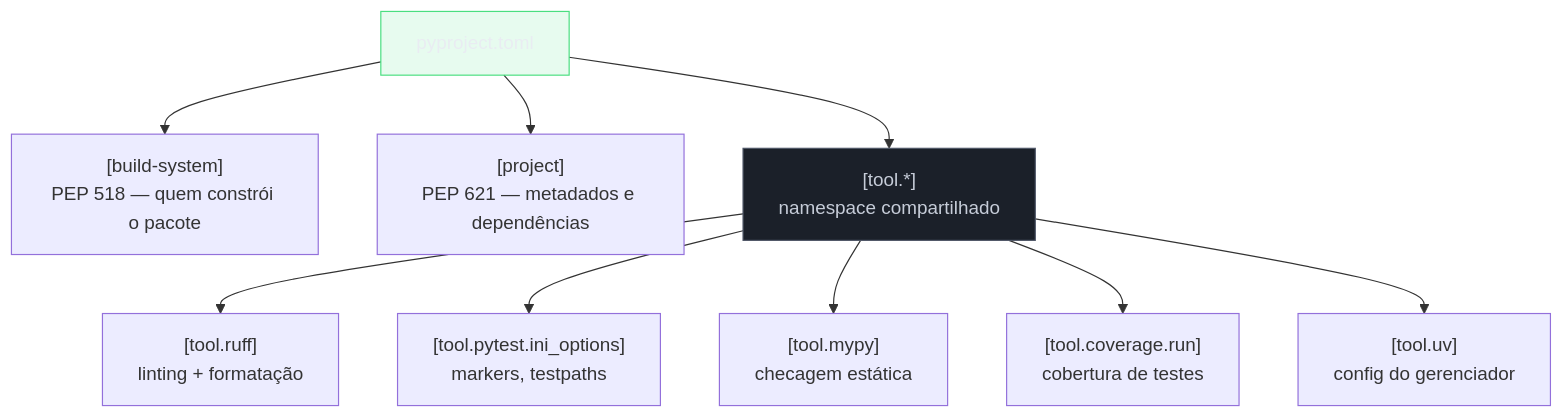
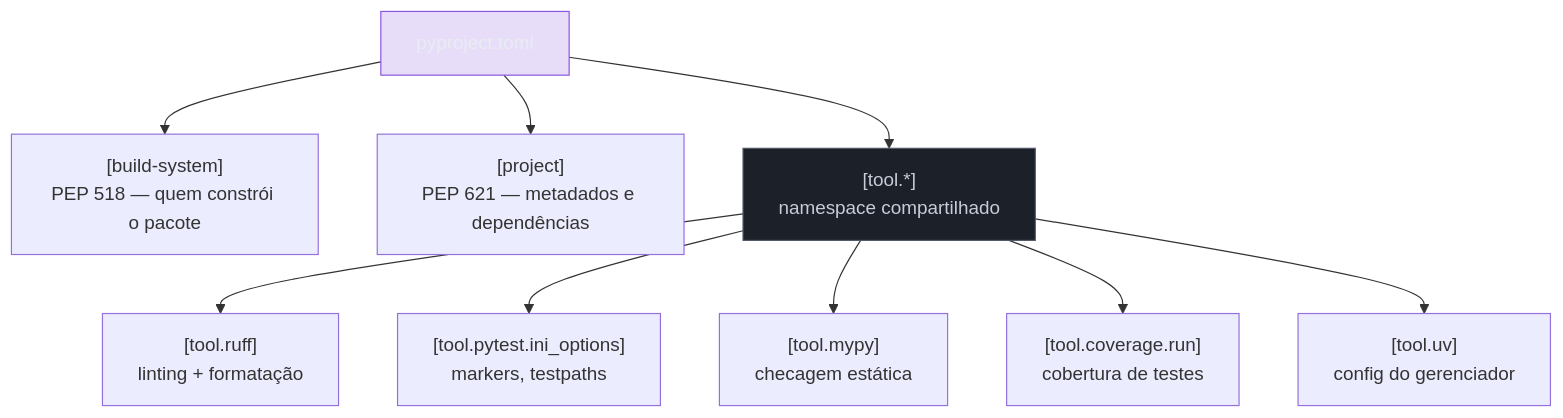
Before and after one commit to josenaldo/codex-technomanticus: the second of 2 diagrams in 03-Dominios/Tecnologia/Python/Build e tooling/03 - pyproject.toml — o padrão unificado.md, drawn with Mermaid. The commit also changed other lines of this file and 601 other files, not shown here.

````diff
--- a/03-Dominios/Tecnologia/Python/Build e tooling/03 - pyproject.toml — o padrão unificado.md
+++ b/03-Dominios/Tecnologia/Python/Build e tooling/03 - pyproject.toml — o padrão unificado.md
@@ -155,17 +155,17 @@
 ```mermaid
 flowchart TD
+    classDef marca fill:#8855DF33,stroke:#8855DF,color:#E9ECF2
     classDef neutro fill:#1B2029,stroke:#4E5666,color:#C6CCD8
-    classDef ok fill:#4ADE8021,stroke:#4ADE80,color:#E9ECF2
     PT["pyproject.toml"] --> BS["[build-system]<br/>PEP 518 — quem constrói o pacote"]
     PT --> PJ["[project]<br/>PEP 621 — metadados e dependências"]
     PT --> TOOL["[tool.*]<br/>namespace compartilhado"]
 
     TOOL --> RUFF["[tool.ruff]<br/>linting + formatação"]
     TOOL --> PYTEST["[tool.pytest.ini_options]<br/>markers, testpaths"]
     TOOL --> MYPY["[tool.mypy]<br/>checagem estática"]
     TOOL --> COV["[tool.coverage.run]<br/>cobertura de testes"]
     TOOL --> UV["[tool.uv]<br/>config do gerenciador"]
 
     class TOOL neutro
-    class PT ok
+    class PT marca
 ```
````
